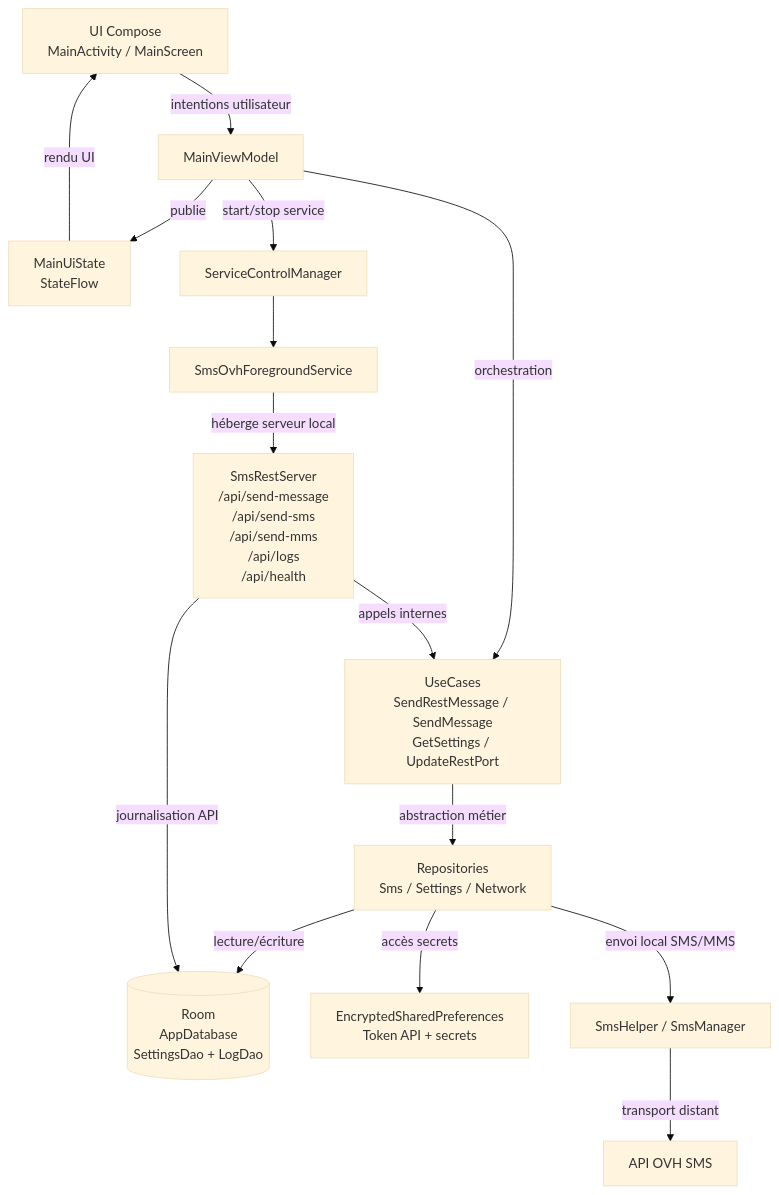
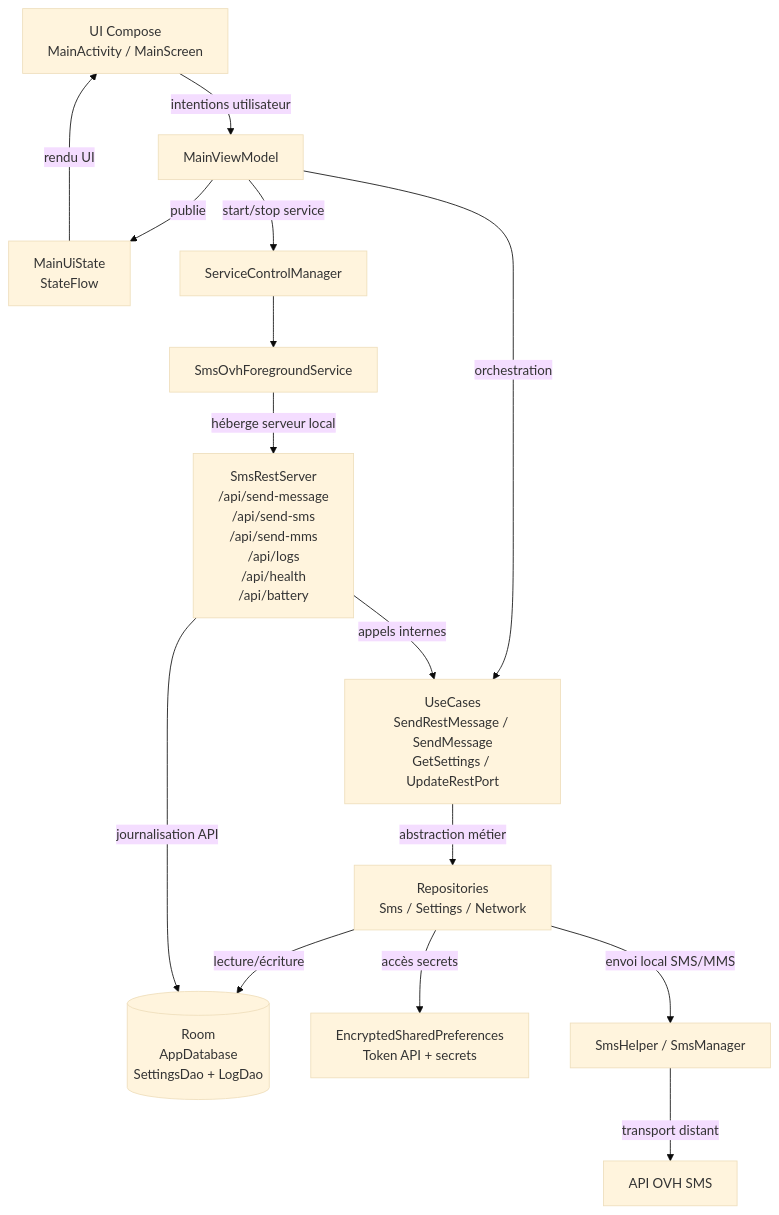
The diagram in README.md (nemo2506/SMS-OVH), drawn with Mermaid (base theme) before and after one commit. The commit also changed other lines of this file and 1 other file, not shown here.

Commit message:
feat(api): add /api/battery endpoint and update REST documentation

````diff
--- a/README.md
+++ b/README.md
@@ -37,32 +37,32 @@
 ```mermaid
 flowchart TD
     UI[UI Compose\nMainActivity / MainScreen]
     STATE[MainUiState\nStateFlow]
     VM[MainViewModel]
     UC[UseCases\nSendRestMessage / SendMessage\nGetSettings / UpdateRestPort]
     REPO[Repositories\nSms / Settings / Network]
     ROOM[(Room\nAppDatabase\nSettingsDao + LogDao)]
     SEC[EncryptedSharedPreferences\nToken API + secrets]
     CTRL[ServiceControlManager]
     FG[SmsOvhForegroundService]
-    REST[SmsRestServer\n/api/send-message\n/api/send-sms\n/api/send-mms\n/api/logs\n/api/health]
+    REST[SmsRestServer\n/api/send-message\n/api/send-sms\n/api/send-mms\n/api/logs\n/api/health\n/api/battery]
     SMS[SmsHelper / SmsManager]
     OVH[API OVH SMS]
 
     UI -->|intentions utilisateur| VM
     VM -->|publie| STATE
     STATE -->|rendu UI| UI
 
     VM -->|orchestration| UC
     UC -->|abstraction métier| REPO
     REPO -->|lecture/écriture| ROOM
     REPO -->|accès secrets| SEC
     REPO -->|envoi local SMS/MMS| SMS
     SMS -->|transport distant| OVH
 
     VM -->|start/stop service| CTRL
     CTRL --> FG
     FG -->|héberge serveur local| REST
     REST -->|appels internes| UC
     REST -->|journalisation API| ROOM
 ```
````
